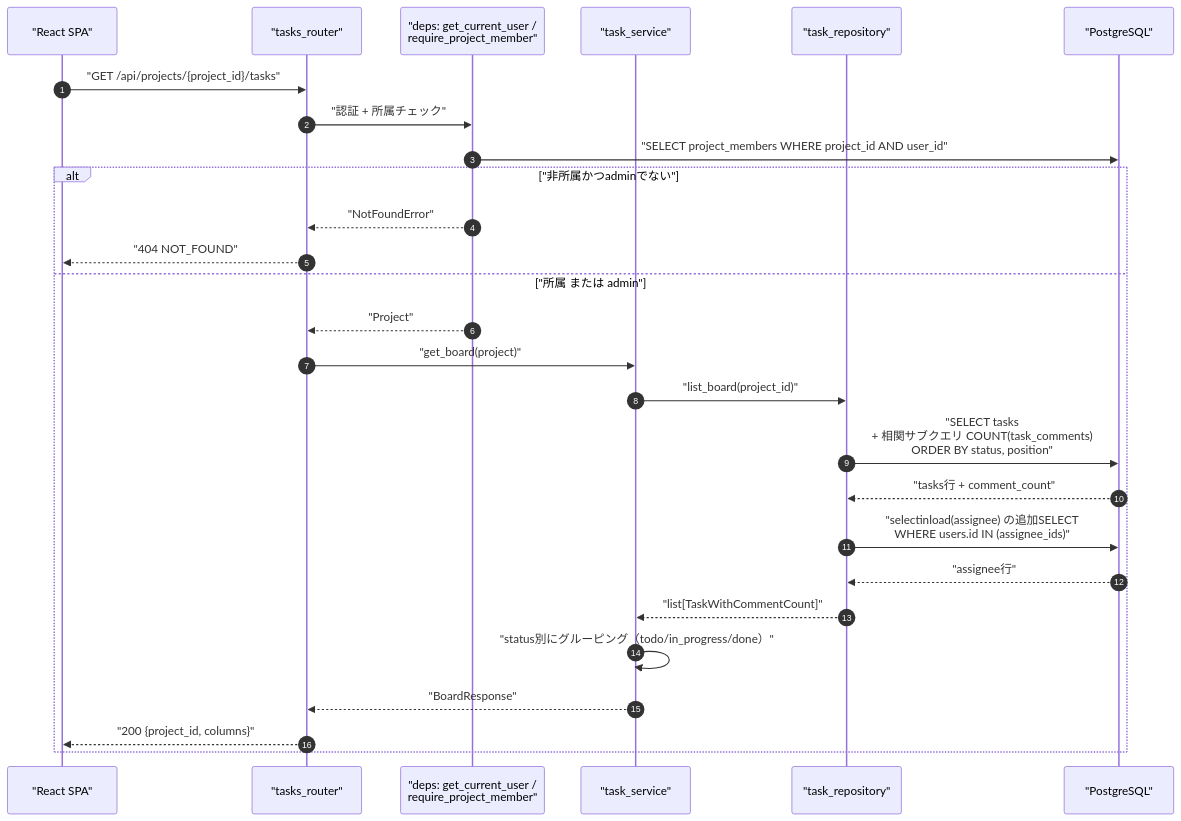
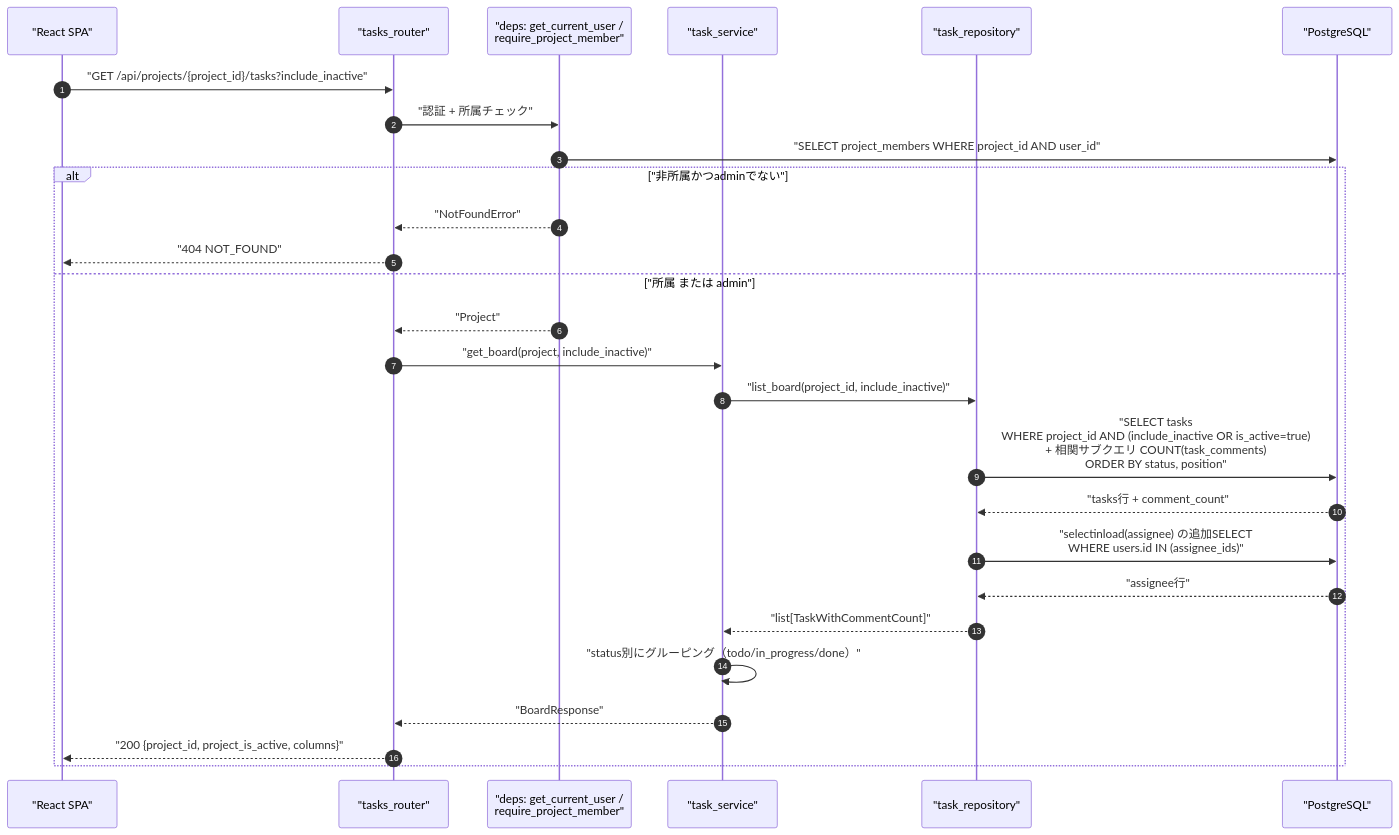
Before and after one commit to oikawa-d/task_management: the first of 4 diagrams in detailed_design/api/tasks/01_get_project_tasks.md, drawn with Mermaid. The commit also changed other lines of this file and 25 other files, not shown here.

````diff
--- a/detailed_design/api/tasks/01_get_project_tasks.md
+++ b/detailed_design/api/tasks/01_get_project_tasks.md
@@ -111,30 +123,30 @@
 ```mermaid
 sequenceDiagram
     autonumber
     participant FE as "React SPA"
     participant R as "tasks_router"
     participant D as "deps: get_current_user /<br/>require_project_member"
     participant S as "task_service"
     participant TR as "task_repository"
     participant PG as "PostgreSQL"
 
-    FE->>R: "GET /api/projects/{project_id}/tasks"
+    FE->>R: "GET /api/projects/{project_id}/tasks?include_inactive"
     R->>D: "認証 + 所属チェック"
     D->>PG: "SELECT project_members WHERE project_id AND user_id"
     alt "非所属かつadminでない"
         D-->>R: "NotFoundError"
         R-->>FE: "404 NOT_FOUND"
     else "所属 または admin"
         D-->>R: "Project"
-        R->>S: "get_board(project)"
-        S->>TR: "list_board(project_id)"
-        TR->>PG: "SELECT tasks<br/>+ 相関サブクエリ COUNT(task_comments)<br/>ORDER BY status, position"
+        R->>S: "get_board(project, include_inactive)"
+        S->>TR: "list_board(project_id, include_inactive)"
+        TR->>PG: "SELECT tasks<br/>WHERE project_id AND (include_inactive OR is_active=true)<br/>+ 相関サブクエリ COUNT(task_comments)<br/>ORDER BY status, position"
         PG-->>TR: "tasks行 + comment_count"
         TR->>PG: "selectinload(assignee) の追加SELECT<br/>WHERE users.id IN (assignee_ids)"
         PG-->>TR: "assignee行"
         TR-->>S: "list[TaskWithCommentCount]"
         S->>S: "status別にグルーピング（todo/in_progress/done）"
         S-->>R: "BoardResponse"
-        R-->>FE: "200 {project_id, columns}"
+        R-->>FE: "200 {project_id, project_is_active, columns}"
     end
 ```
````
